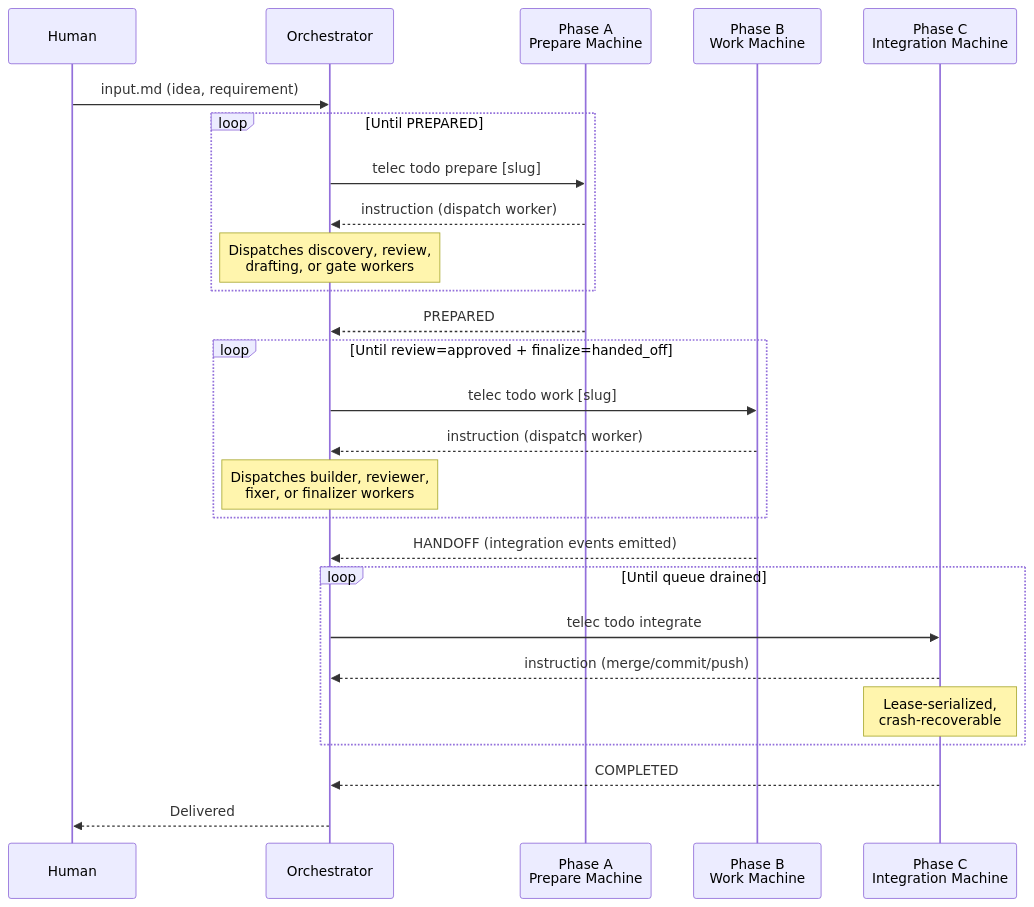
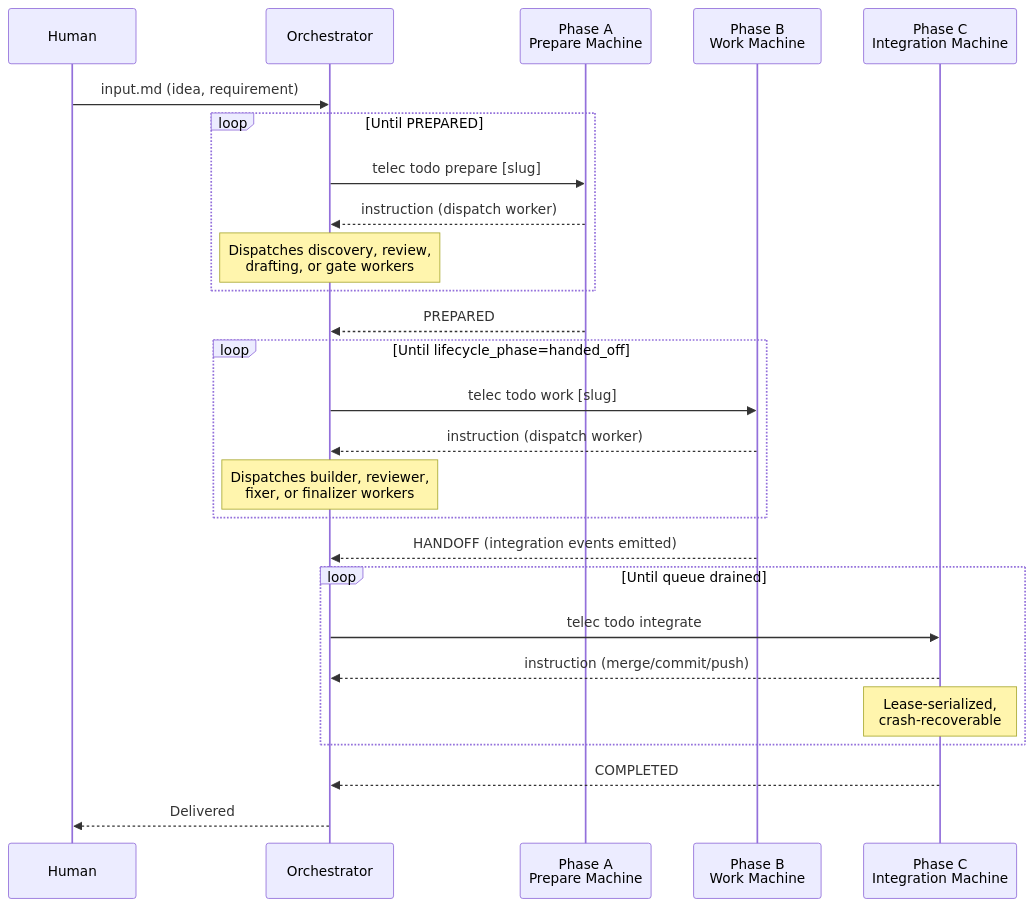
One commit to InstruktAI/TeleClaude changed the second of 3 diagrams in docs/project/design/architecture/lifecycle-state-machines.md. Above: the diagram before and after it, drawn with Mermaid. The commit also changed other lines of this file and 23 other files, not shown here.

Commit message:
refactor(next-machine): canonical lifecycle phase model

````diff
--- a/docs/project/design/architecture/lifecycle-state-machines.md
+++ b/docs/project/design/architecture/lifecycle-state-machines.md
@@ -102,32 +102,32 @@
 ```mermaid
 sequenceDiagram
     participant Human
     participant Orchestrator
     participant Prepare as Phase A<br/>Prepare Machine
     participant Work as Phase B<br/>Work Machine
     participant Integrate as Phase C<br/>Integration Machine
 
     Human->>Orchestrator: input.md (idea, requirement)
 
     loop Until PREPARED
         Orchestrator->>Prepare: telec todo prepare [slug]
         Prepare-->>Orchestrator: instruction (dispatch worker)
         Note over Orchestrator: Dispatches discovery, review,<br/>drafting, or gate workers
     end
     Prepare-->>Orchestrator: PREPARED
 
-    loop Until review=approved + finalize=handed_off
+    loop Until lifecycle_phase=handed_off
         Orchestrator->>Work: telec todo work [slug]
         Work-->>Orchestrator: instruction (dispatch worker)
         Note over Orchestrator: Dispatches builder, reviewer,<br/>fixer, or finalizer workers
     end
     Work-->>Orchestrator: HANDOFF (integration events emitted)
 
     loop Until queue drained
         Orchestrator->>Integrate: telec todo integrate
         Integrate-->>Orchestrator: instruction (merge/commit/push)
         Note over Integrate: Lease-serialized,<br/>crash-recoverable
     end
     Integrate-->>Orchestrator: COMPLETED
     Orchestrator-->>Human: Delivered
 ```
````
